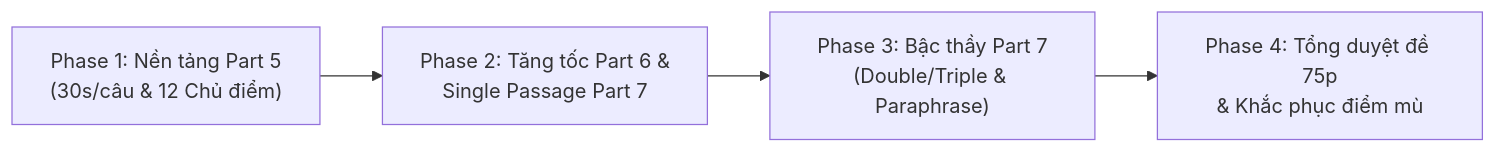
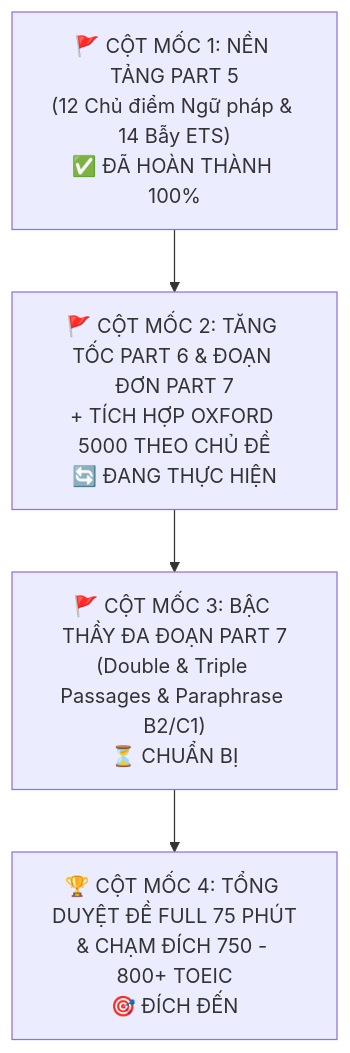
One commit to hoang-01/TA changed the diagram in ROADMAP.md. Above: the diagram before and after it, drawn with Mermaid. The commit also changed other lines of this file and 5 other files, not shown here.

Commit message:
feat: integrate Oxford 5000 vocabulary framework and update Phase 2 roadmap

````diff
--- a/ROADMAP.md
+++ b/ROADMAP.md
@@ -22,6 +16,6 @@
 ```mermaid
-graph LR
-    A["Phase 1: Nền tảng Part 5<br>(30s/câu & 12 Chủ điểm)"] --> B["Phase 2: Tăng tốc Part 6 &<br>Single Passage Part 7"]
-    B --> C["Phase 3: Bậc thầy Part 7<br>(Double/Triple & Paraphrase)"]
-    C --> D["Phase 4: Tổng duyệt đề 75p<br>& Khắc phục điểm mù"]
+graph TD
+    M1["🚩 CỘT MỐC 1: NỀN TẢNG PART 5<br>(12 Chủ điểm Ngữ pháp & 14 Bẫy ETS)<br>✅ ĐÃ HOÀN THÀNH 100%"] --> M2["🚩 CỘT MỐC 2: TĂNG TỐC PART 6 & ĐOẠN ĐƠN PART 7<br>+ TÍCH HỢP OXFORD 5000 THEO CHỦ ĐỀ<br>🔄 ĐANG THỰC HIỆN"]
+    M2 --> M3["🚩 CỘT MỐC 3: BẬC THẦY ĐA ĐOẠN PART 7<br>(Double & Triple Passages & Paraphrase B2/C1)<br>⏳ CHUẨN BỊ"]
+    M3 --> M4["🏆 CỘT MỐC 4: TỔNG DUYỆT ĐỀ FULL 75 PHÚT<br>& CHẠM ĐÍCH 750 - 800+ TOEIC<br>🎯 ĐÍCH ĐẾN"]
 ```
````
